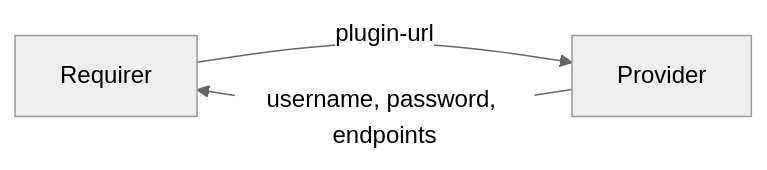
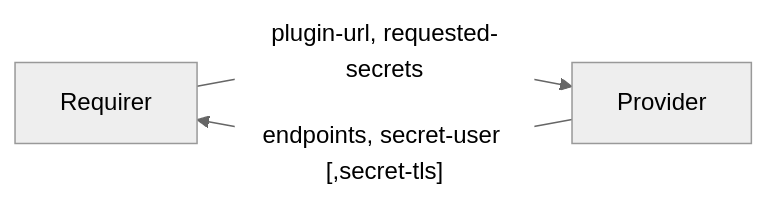
Before and after one commit to canonical/charm-relation-interfaces: the diagram in interfaces/connect_client/v0/README.md, drawn with Mermaid (neutral theme). The commit also changed other lines of this file and 3 other files, not shown here.

````diff
--- a/interfaces/connect_client/v0/README.md
+++ b/interfaces/connect_client/v0/README.md
@@ -14,5 +14,5 @@
 ```mermaid
 flowchart LR
-    Requirer -- plugin-url --> Provider
-    Provider -- username, password, endpoints --> Requirer
+    Requirer -- plugin-url, requested-secrets --> Provider
+    Provider -- "endpoints, secret-user [,secret-tls]"--> Requirer
 ```
````
